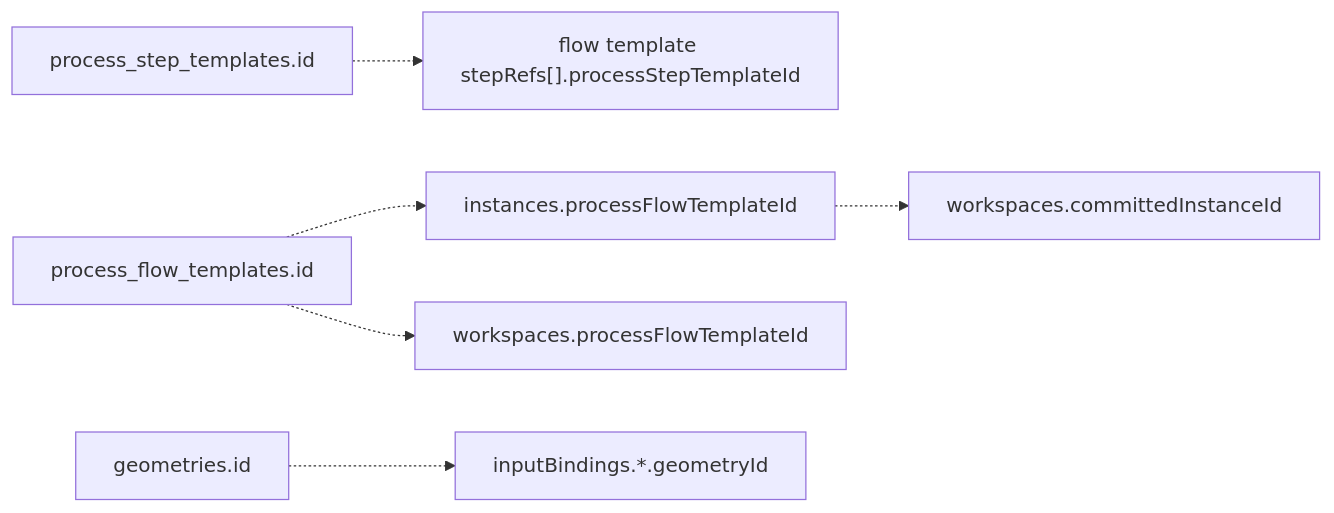
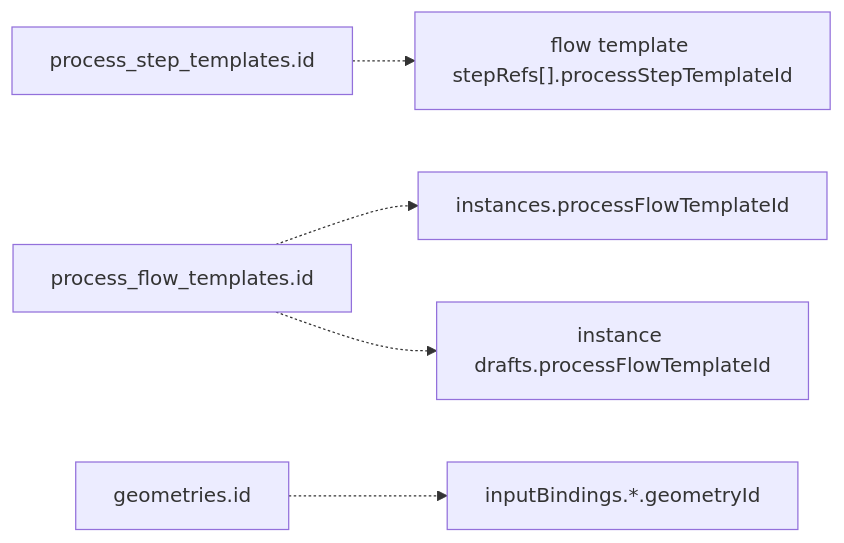
Before and after one commit to henry861010/process_flow_v2: the diagram in docs/reference/persistence.md, drawn with Mermaid. The commit also changed other lines of this file and 57 other files, not shown here.

````diff
--- a/docs/reference/persistence.md
+++ b/docs/reference/persistence.md
@@ -136,8 +137,7 @@
 ```mermaid
 flowchart LR
   ST["process_step_templates.id"] -.-> SR["flow template stepRefs[].processStepTemplateId"]
   FT["process_flow_templates.id"] -.-> FI["instances.processFlowTemplateId"]
-  FT -.-> FW["workspaces.processFlowTemplateId"]
+  FT -.-> ID["instance drafts.processFlowTemplateId"]
   GE["geometries.id"] -.-> IB["inputBindings.*.geometryId"]
-  FI -.-> CI["workspaces.committedInstanceId"]
 ```
````
